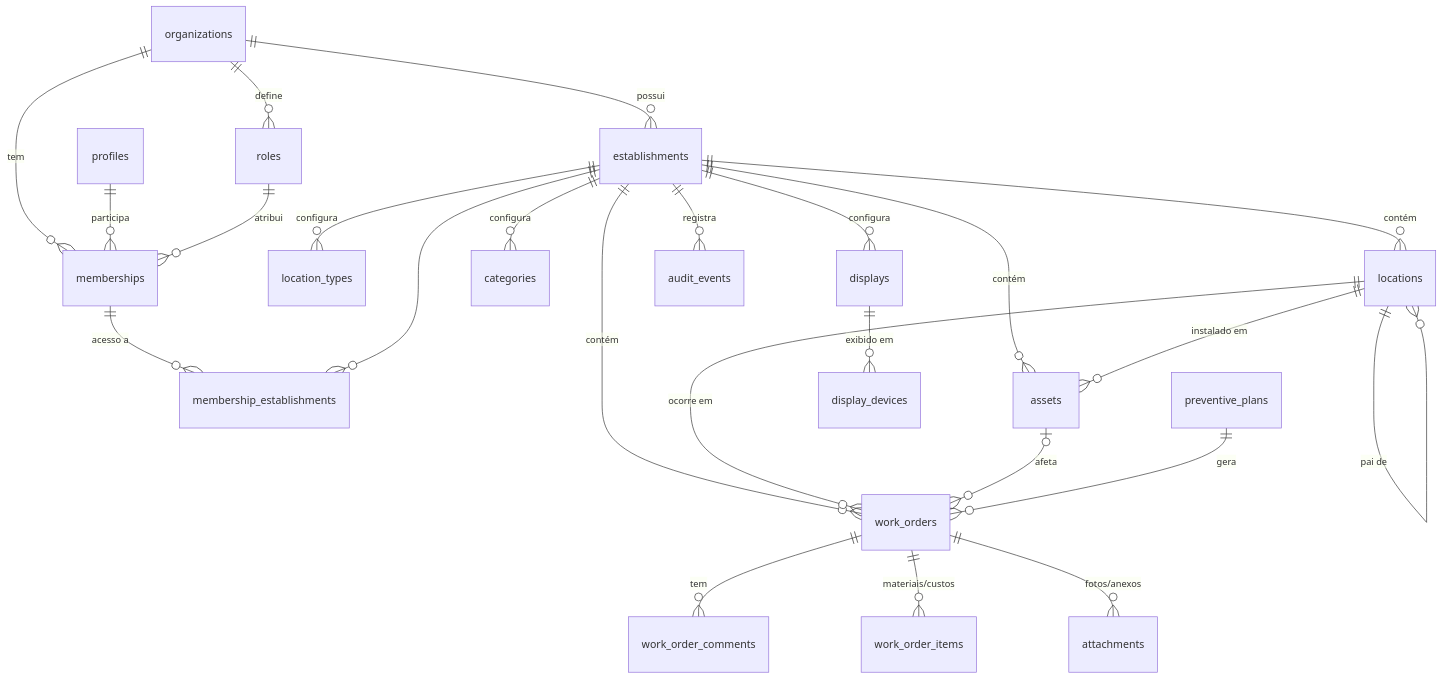
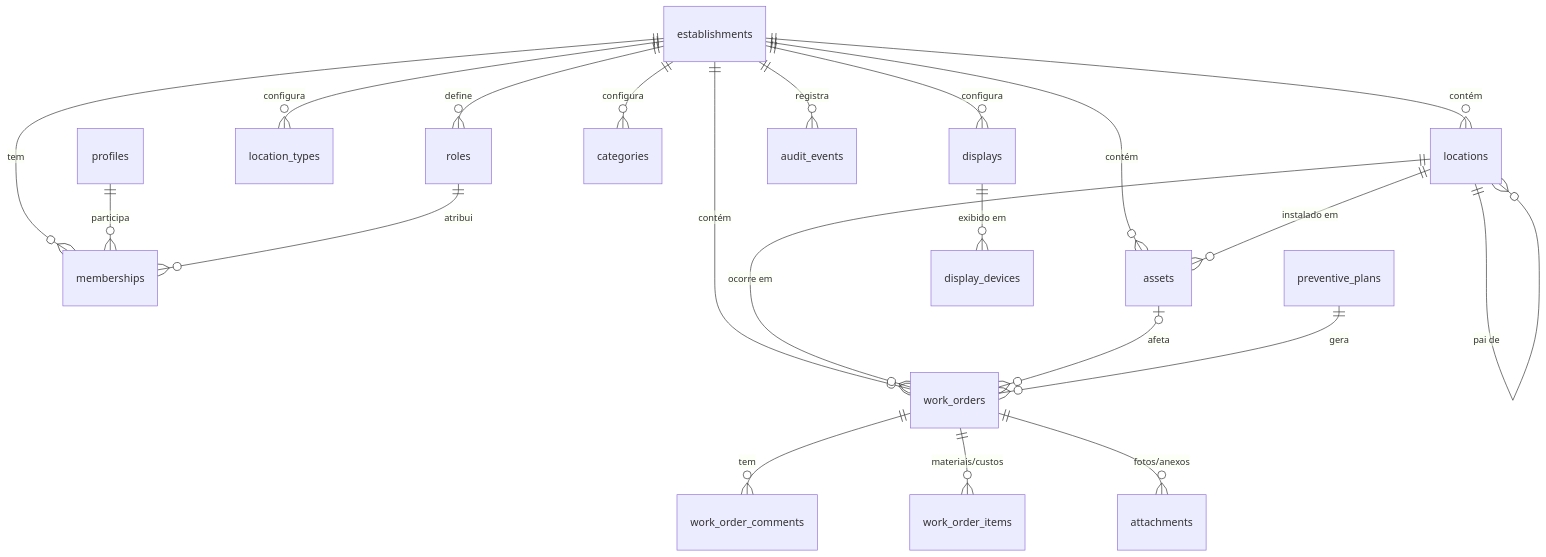
The diagram in docs/PLANO-MVP.md (afonsosmolak-s/Maintenance-M-Hotel), drawn with Mermaid before and after one commit. The commit also changed other lines of this file, not shown here.

````diff
--- a/docs/PLANO-MVP.md
+++ b/docs/PLANO-MVP.md
@@ -116,26 +120,23 @@
 ```mermaid
 erDiagram
-  organizations ||--o{ establishments : possui
-  organizations ||--o{ roles : define
-  organizations ||--o{ memberships : tem
+  establishments ||--o{ roles : define
+  establishments ||--o{ memberships : tem
   profiles ||--o{ memberships : participa
   roles ||--o{ memberships : atribui
-  memberships ||--o{ membership_establishments : "acesso a"
-  establishments ||--o{ membership_establishments : ""
   establishments ||--o{ location_types : configura
   establishments ||--o{ locations : contém
   locations ||--o{ locations : "pai de"
   establishments ||--o{ categories : configura
   establishments ||--o{ assets : contém
   locations ||--o{ assets : "instalado em"
   establishments ||--o{ work_orders : contém
   locations ||--o{ work_orders : "ocorre em"
   assets |o--o{ work_orders : "afeta"
   work_orders ||--o{ work_order_comments : tem
   work_orders ||--o{ work_order_items : "materiais/custos"
   work_orders ||--o{ attachments : "fotos/anexos"
   preventive_plans ||--o{ work_orders : gera
   establishments ||--o{ displays : configura
   displays ||--o{ display_devices : "exibido em"
   establishments ||--o{ audit_events : registra
 ```
````
